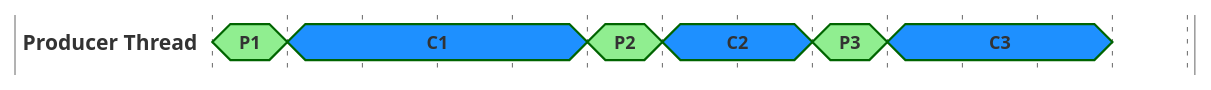
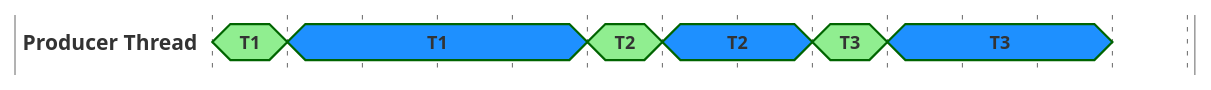
Before and after one commit to jetty/jetty.project: the first of 4 diagrams in documentation/jetty/modules/programming-guide/pages/arch/threads.adoc, drawn with PlantUML. The commit also changed other lines of this file, not shown here.

```diff
--- a/documentation/jetty/modules/programming-guide/pages/arch/threads.adoc
+++ b/documentation/jetty/modules/programming-guide/pages/arch/threads.adoc
@@ -53,16 +53,16 @@
 [plantuml]
 ----
 skinparam backgroundColor transparent
 
 compact concise "Producer Thread" as PT
 hide time-axis
 
 @PT
-0 is P1 #lightgreen
-1 is C1 #dodgerblue
-5 is P2 #lightgreen
-6 is C2 #dodgerblue
-8 is P3 #lightgreen
-9 is C3 #dodgerblue
+0 is T1 #lightgreen
+1 is T1 #dodgerblue
+5 is T2 #lightgreen
+6 is T2 #dodgerblue
+8 is T3 #lightgreen
+9 is T3 #dodgerblue
 12 is {hidden}
 ----
```
